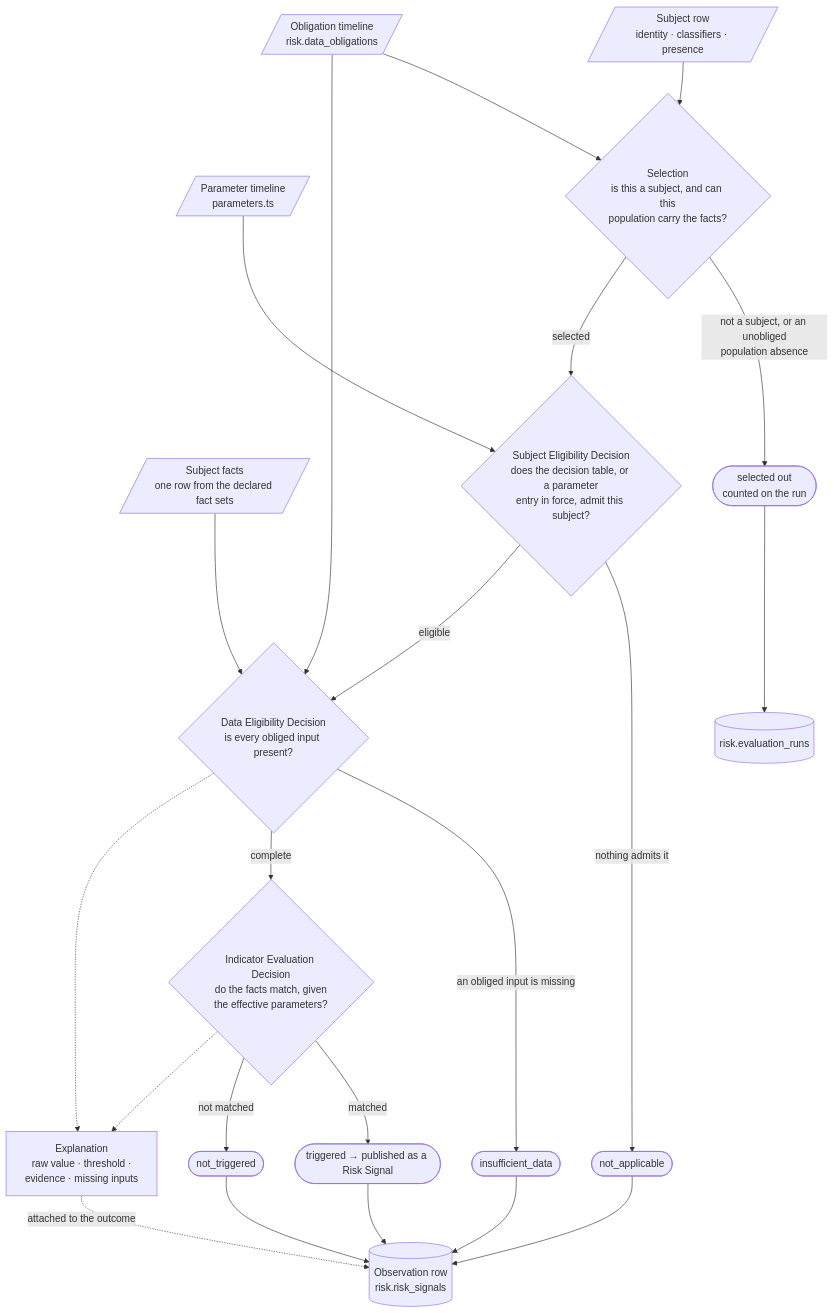
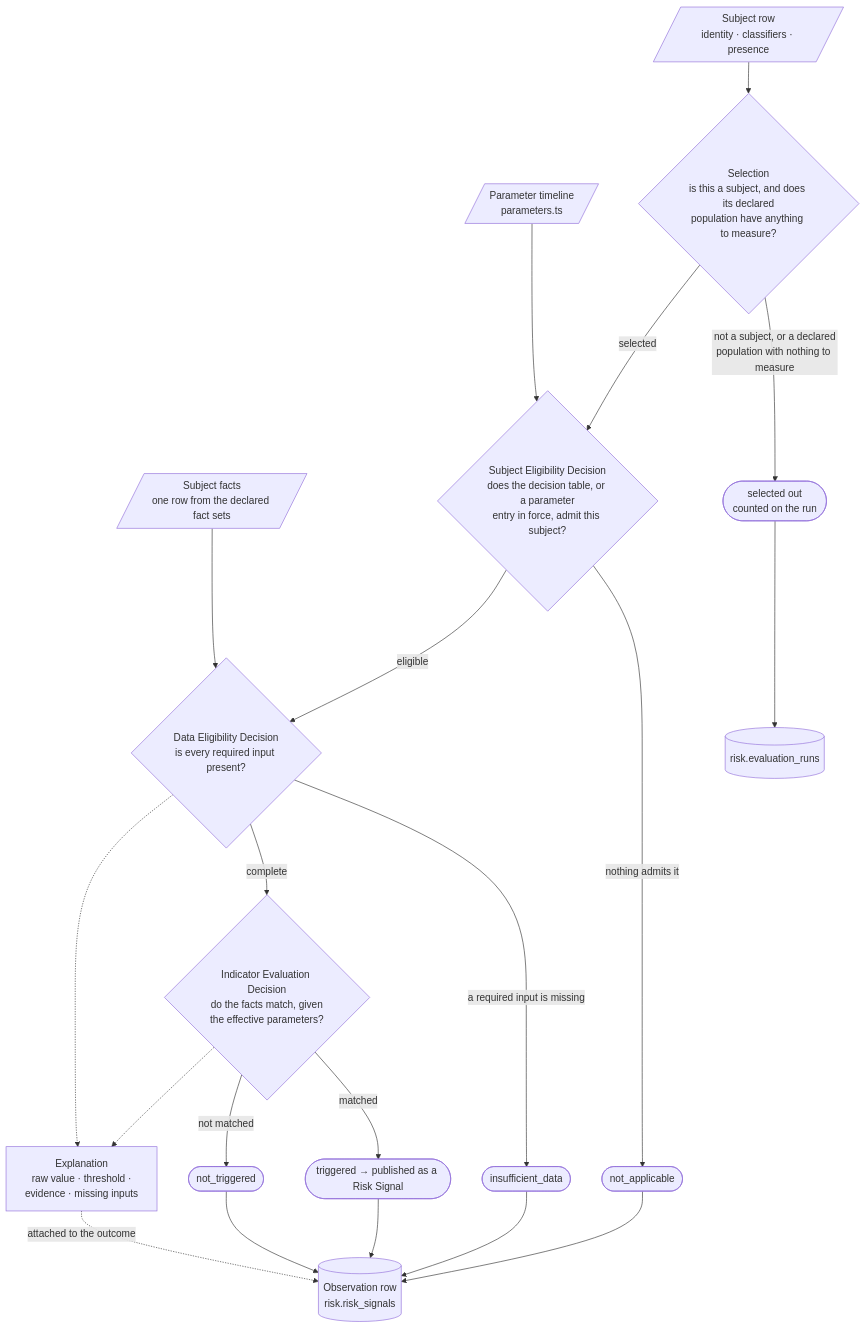
The fourth of 10 diagrams in docs/indicators-story/risk-service-architecture.md (Viespirkiu-grupe/viespirkiai), drawn with Mermaid before and after one commit. The commit also changed other lines of this file and 42 other files, not shown here.

Commit message:
moving the thew version 2 architecture

````diff
--- a/docs/indicators-story/risk-service-architecture.md
+++ b/docs/indicators-story/risk-service-architecture.md
@@ -313,41 +317,38 @@
 ```mermaid
 flowchart TB
     U[/"Subject row<br/>identity · classifiers · presence"/]
     F[/"Subject facts<br/>one row from the declared fact sets"/]
-    O[/"Obligation timeline<br/>risk.data_obligations"/]
     P[/"Parameter timeline<br/>parameters.ts"/]
-    D0{"Selection<br/>is this a subject, and can this<br/>population carry the facts?"}
+    D0{"Selection<br/>is this a subject, and does its declared<br/>population have anything to measure?"}
     D1{"Subject Eligibility Decision<br/>does the decision table, or a parameter<br/>entry in force, admit this subject?"}
-    D2{"Data Eligibility Decision<br/>is every obliged input present?"}
+    D2{"Data Eligibility Decision<br/>is every required input present?"}
     D3{"Indicator Evaluation Decision<br/>do the facts match, given<br/>the effective parameters?"}
     D4["Explanation<br/>raw value · threshold ·<br/>evidence · missing inputs"]
     OS(["selected out<br/>counted on the run"])
     NA(["not_applicable"])
     ID(["insufficient_data"])
     TR(["triggered → published as a Risk Signal"])
     NT(["not_triggered"])
     OBS[("Observation row<br/>risk.risk_signals")]
     RUN[("risk.evaluation_runs")]
 
     U --> D0
-    O --> D0
-    D0 -->|" not a subject, or an unobliged<br/>population absence "| OS
+    D0 -->|" not a subject, or a declared<br/>population with nothing to measure "| OS
     D0 -->|" selected "| D1
     P --> D1
     D1 -->|" nothing admits it "| NA
     D1 -->|" eligible "| D2
-    O --> D2
     F --> D2
-    D2 -->|" an obliged input is missing "| ID
+    D2 -->|" a required input is missing "| ID
     D2 -->|" complete "| D3
     D3 -->|" matched "| TR
     D3 -->|" not matched "| NT
     D2 -.-> D4
     D3 -.-> D4
     OS --> RUN
     NA --> OBS
     ID --> OBS
     TR --> OBS
     NT --> OBS
     D4 -.->|" attached to the outcome "| OBS
 ```
````
